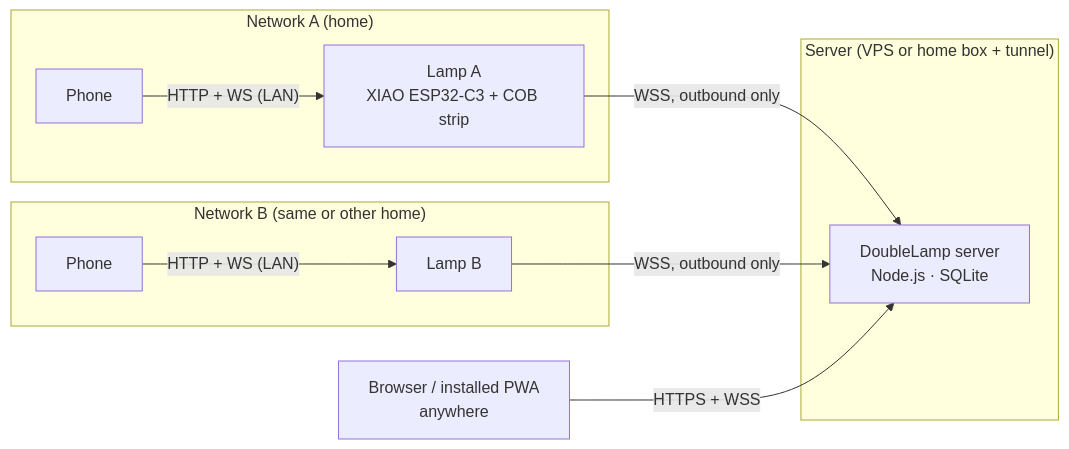
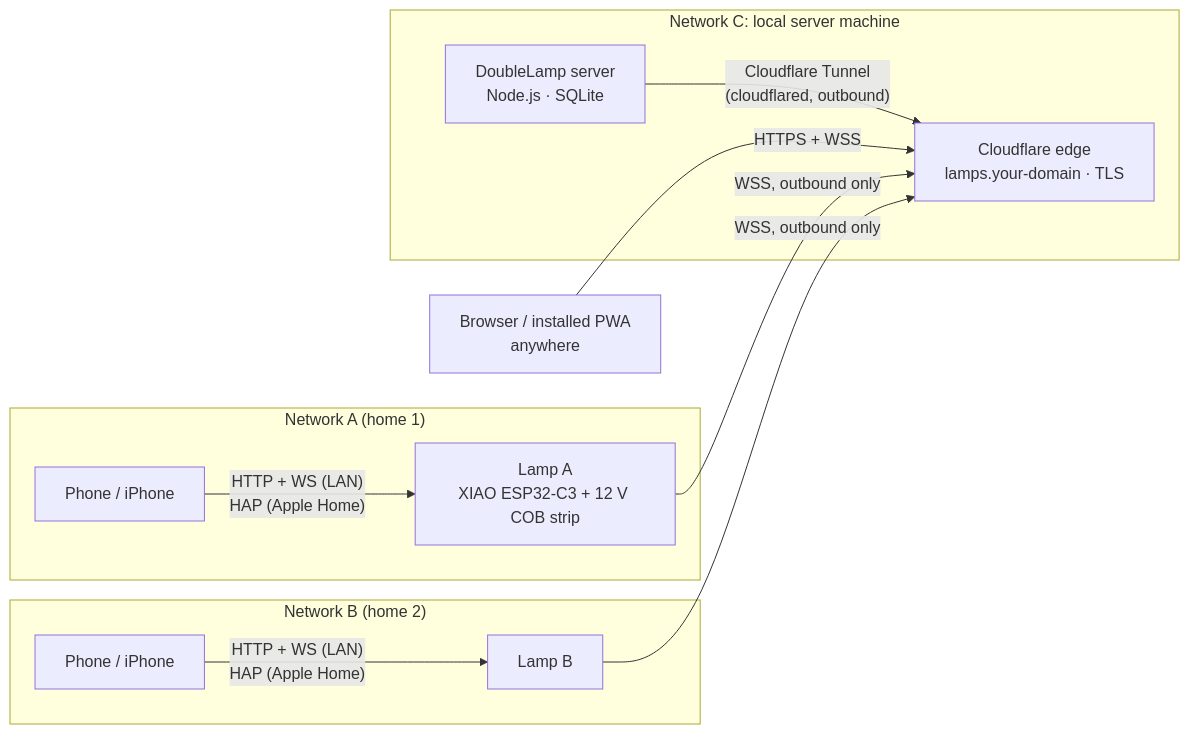
Before and after one commit to aRandomHumanoid/doublelamp: the first of 8 diagrams in docs/01-architecture.md, drawn with Mermaid. The commit also changed other lines of this file and 274 other files, not shown here.

````diff
--- a/docs/01-architecture.md
+++ b/docs/01-architecture.md
@@ -5,15 +5,16 @@
 ```mermaid
 flowchart LR
-  subgraph NetA["Network A (home)"]
-    PA["Phone"] -- "HTTP + WS (LAN)" --> LA["Lamp A<br/>XIAO ESP32-C3 + COB strip"]
+  subgraph NetA["Network A (home 1)"]
+    PA["Phone / iPhone"] -- "HTTP + WS (LAN)<br/>HAP (Apple Home)" --> LA["Lamp A<br/>XIAO ESP32-C3 + 12 V COB strip"]
   end
-  subgraph NetB["Network B (same or other home)"]
-    PB["Phone"] -- "HTTP + WS (LAN)" --> LB["Lamp B"]
+  subgraph NetB["Network B (home 2)"]
+    PB["Phone / iPhone"] -- "HTTP + WS (LAN)<br/>HAP (Apple Home)" --> LB["Lamp B"]
   end
-  subgraph Srv["Server (VPS or home box + tunnel)"]
-    S["DoubleLamp server<br/>Node.js · SQLite"]
+  CF["Cloudflare edge<br/>lamps.your-domain · TLS"]
+  subgraph Srv["Network C: local server machine"]
+    S["DoubleLamp server<br/>Node.js · SQLite"] -- "Cloudflare Tunnel<br/>(cloudflared, outbound)" --> CF
   end
-  LA -- "WSS, outbound only" --> S
-  LB -- "WSS, outbound only" --> S
-  W["Browser / installed PWA<br/>anywhere"] -- "HTTPS + WSS" --> S
+  LA -- "WSS, outbound only" --> CF
+  LB -- "WSS, outbound only" --> CF
+  W["Browser / installed PWA<br/>anywhere"] -- "HTTPS + WSS" --> CF
 ```
````
